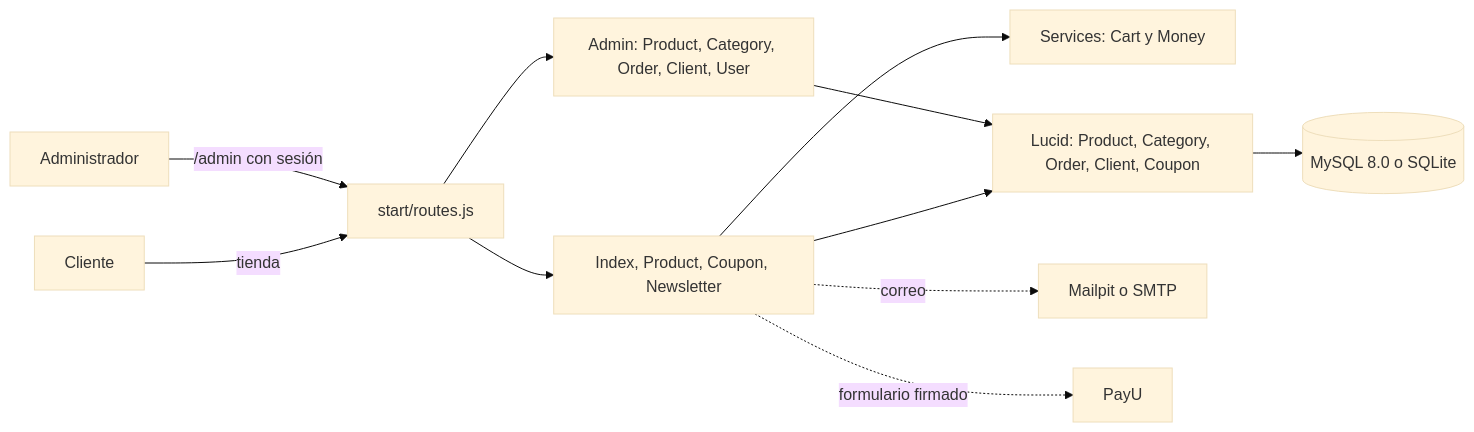
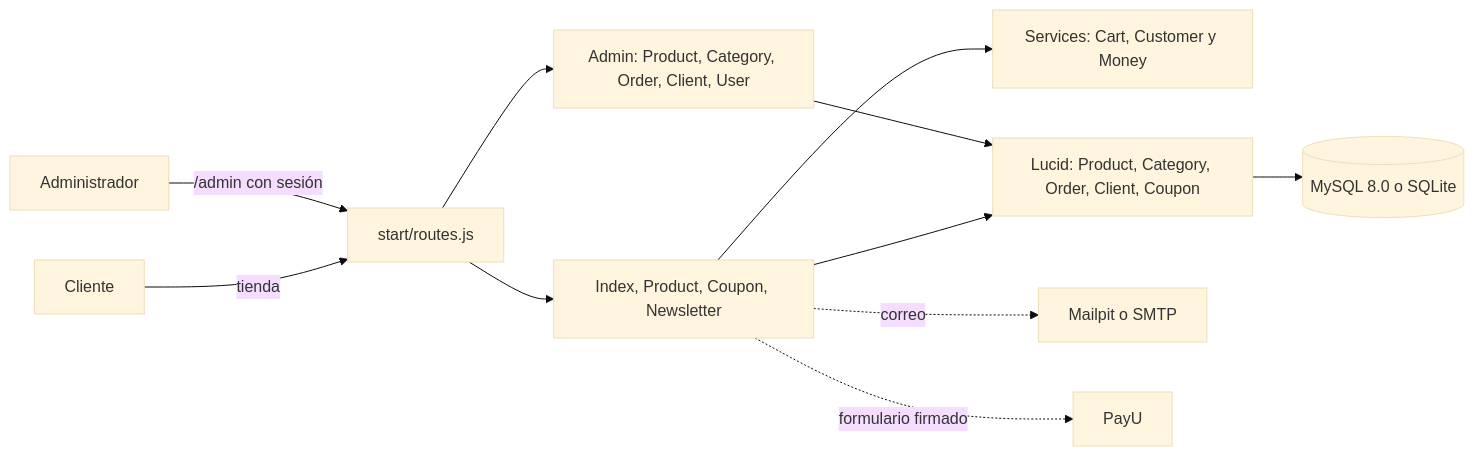
One commit to KevinAndrey96/adonisjs-fashion-boutique-ecommerce-platform changed the diagram in README.md. Above: the diagram before and after it, drawn with Mermaid (base theme). The commit also changed other lines of this file and 9 other files, not shown here.

````diff
--- a/README.md
+++ b/README.md
@@ -29,13 +30,13 @@
 ```mermaid
 flowchart LR
     Cliente -->|tienda| Rutas[start/routes.js]
     Admin[Administrador] -->|/admin con sesión| Rutas
     Rutas --> Tienda[Index, Product, Coupon, Newsletter]
     Rutas --> Backoffice[Admin: Product, Category, Order, Client, User]
-    Tienda --> Servicios[Services: Cart y Money]
+    Tienda --> Servicios[Services: Cart, Customer y Money]
     Tienda --> Modelos[Lucid: Product, Category, Order, Client, Coupon]
     Backoffice --> Modelos
     Modelos --> BD[(MySQL 8.0 o SQLite)]
     Tienda -.->|correo| SMTP[Mailpit o SMTP]
     Tienda -.->|formulario firmado| PayU
 ```
````
